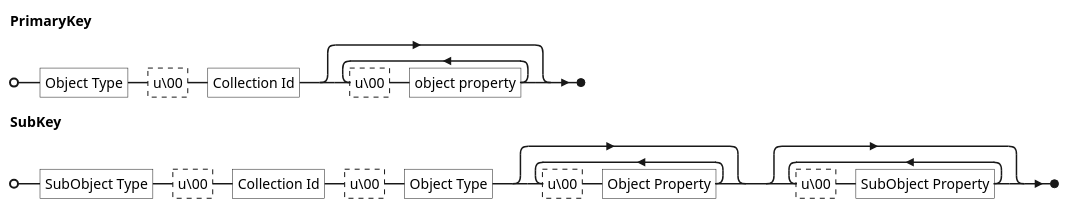
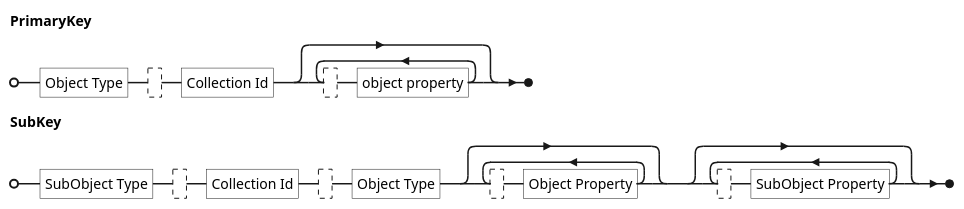
The diagram in docs/notes/proto/keys.puml (Nova38/Thesis), drawn with PlantUML before and after one commit. The commit also changed 152 other files, not shown here.

```diff
--- a/docs/notes/proto/keys.puml
+++ b/docs/notes/proto/keys.puml
@@ -1,4 +1,4 @@
 @startebnf
-PrimaryKey = "Object Type", ?u\00?, "Collection Id",  {?u\00?, "object property"};
-SubKey = "SubObject Type", ?u\00?,  "Collection Id", ?u\00?,  "Object Type", {?u\00?, "Object Property"},  {?u\00?, "SubObject Property"};
+PrimaryKey = "Object Type", ??, "Collection Id",  {??, "object property"};
+SubKey = "SubObject Type", ??,  "Collection Id", ??,  "Object Type", {??, "Object Property"},  {??, "SubObject Property"};
 @endebnf
```
